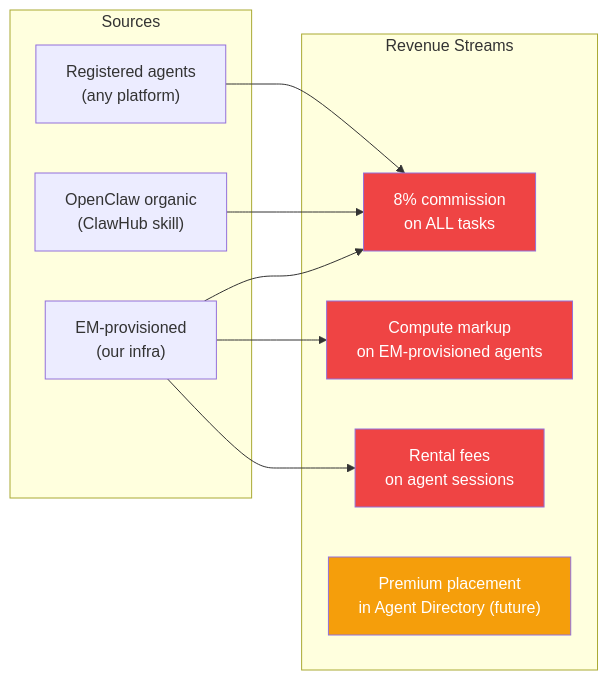
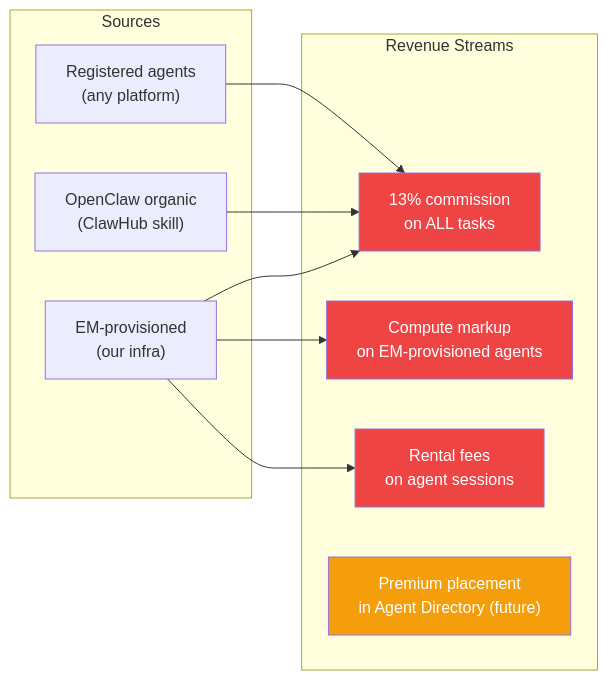
One commit to UltravioletaDAO/execution-market changed diagram 11 of 11 in docs/planning/H2A_MARKETPLACE_EXECUTION_PLAN.md. Above: the diagram before and after it, drawn with Mermaid. The commit also changed other lines of this file and 1 other file, not shown here.

````diff
--- a/docs/planning/H2A_MARKETPLACE_EXECUTION_PLAN.md
+++ b/docs/planning/H2A_MARKETPLACE_EXECUTION_PLAN.md
@@ -1097,26 +1097,26 @@
 ```mermaid
 graph LR
     subgraph "Revenue Streams"
-        R1["8% commission<br/>on ALL tasks"]
+        R1["13% commission<br/>on ALL tasks"]
         R2["Compute markup<br/>on EM-provisioned agents"]
         R3["Rental fees<br/>on agent sessions"]
         R4["Premium placement<br/>in Agent Directory (future)"]
     end
 
     subgraph "Sources"
         S1["Registered agents<br/>(any platform)"]
         S2["OpenClaw organic<br/>(ClawHub skill)"]
         S3["EM-provisioned<br/>(our infra)"]
     end
 
     S1 --> R1
     S2 --> R1
     S3 --> R1
     S3 --> R2
     S3 --> R3
 
     style R1 fill:#ef4444,color:#fff
     style R2 fill:#ef4444,color:#fff
     style R3 fill:#ef4444,color:#fff
     style R4 fill:#f59e0b,color:#fff
 ```
````
